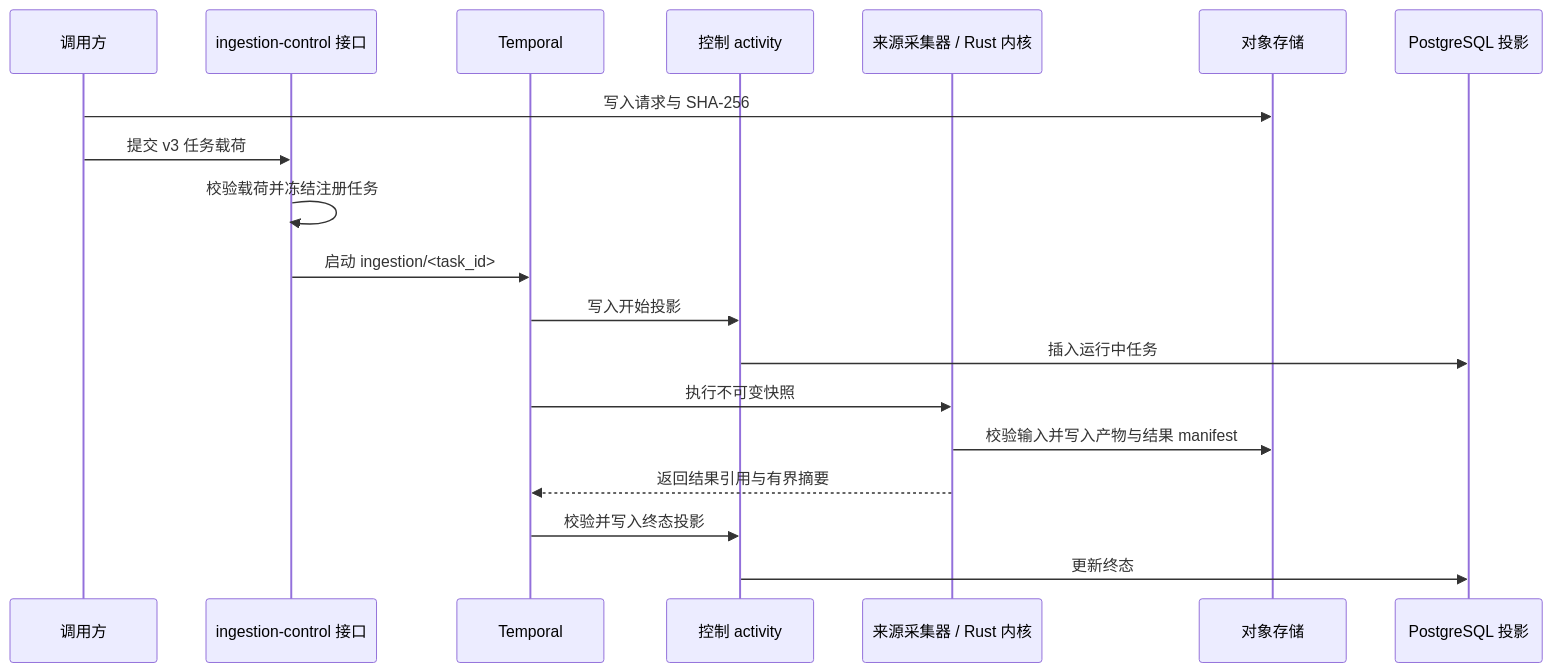
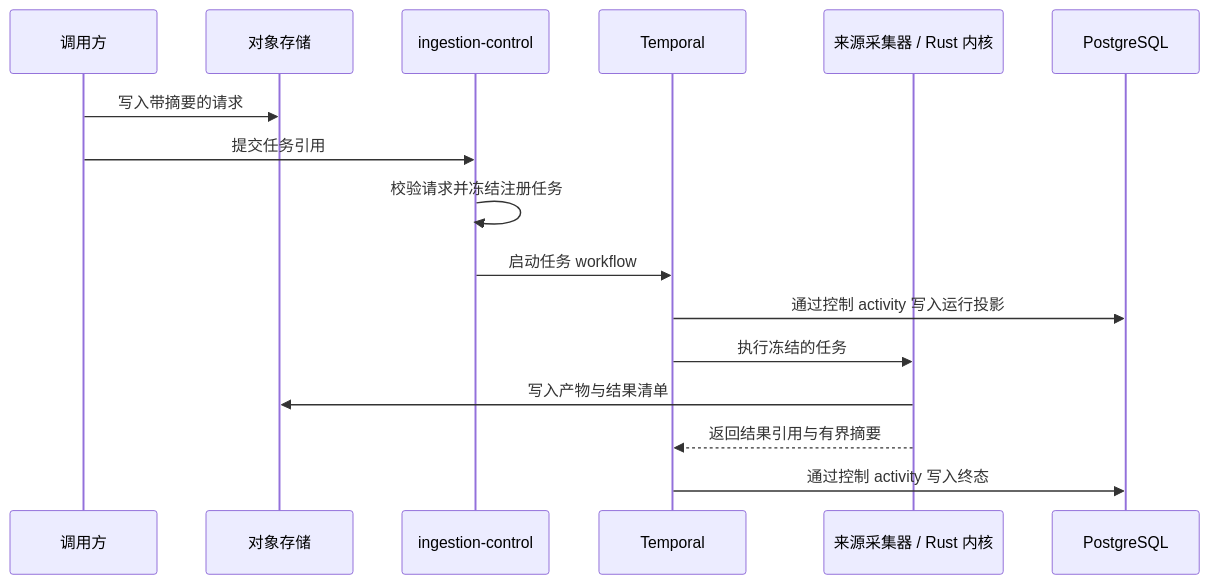
Before and after one commit to Luxfeier22331/campus-agent-main: the diagram in docs/architecture/system/data-plane.md, drawn with Mermaid. The commit also changed other lines of this file and 289 other files, not shown here.

````diff
--- a/docs/architecture/system/data-plane.md
+++ b/docs/architecture/system/data-plane.md
@@ -62,22 +38,19 @@
 ```mermaid
 sequenceDiagram
   participant Caller as 调用方
-  participant API as ingestion-control 接口
+  participant S3 as 对象存储
+  participant API as ingestion-control
   participant Temporal
-  participant Control as 控制 activity
   participant Executor as 来源采集器 / Rust 内核
-  participant S3 as 对象存储
-  participant PG as PostgreSQL 投影
+  participant PG as PostgreSQL
 
-  Caller->>S3: 写入请求与 SHA-256
-  Caller->>API: 提交 v3 任务载荷
-  API->>API: 校验载荷并冻结注册任务
-  API->>Temporal: 启动 ingestion/<task_id>
-  Temporal->>Control: 写入开始投影
-  Control->>PG: 插入运行中任务
-  Temporal->>Executor: 执行不可变快照
-  Executor->>S3: 校验输入并写入产物与结果 manifest
+  Caller->>S3: 写入带摘要的请求
+  Caller->>API: 提交任务引用
+  API->>API: 校验请求并冻结注册任务
+  API->>Temporal: 启动任务 workflow
+  Temporal->>PG: 通过控制 activity 写入运行投影
+  Temporal->>Executor: 执行冻结的任务
+  Executor->>S3: 写入产物与结果清单
   Executor-->>Temporal: 返回结果引用与有界摘要
-  Temporal->>Control: 校验并写入终态投影
-  Control->>PG: 更新终态
+  Temporal->>PG: 通过控制 activity 写入终态
 ```
````
